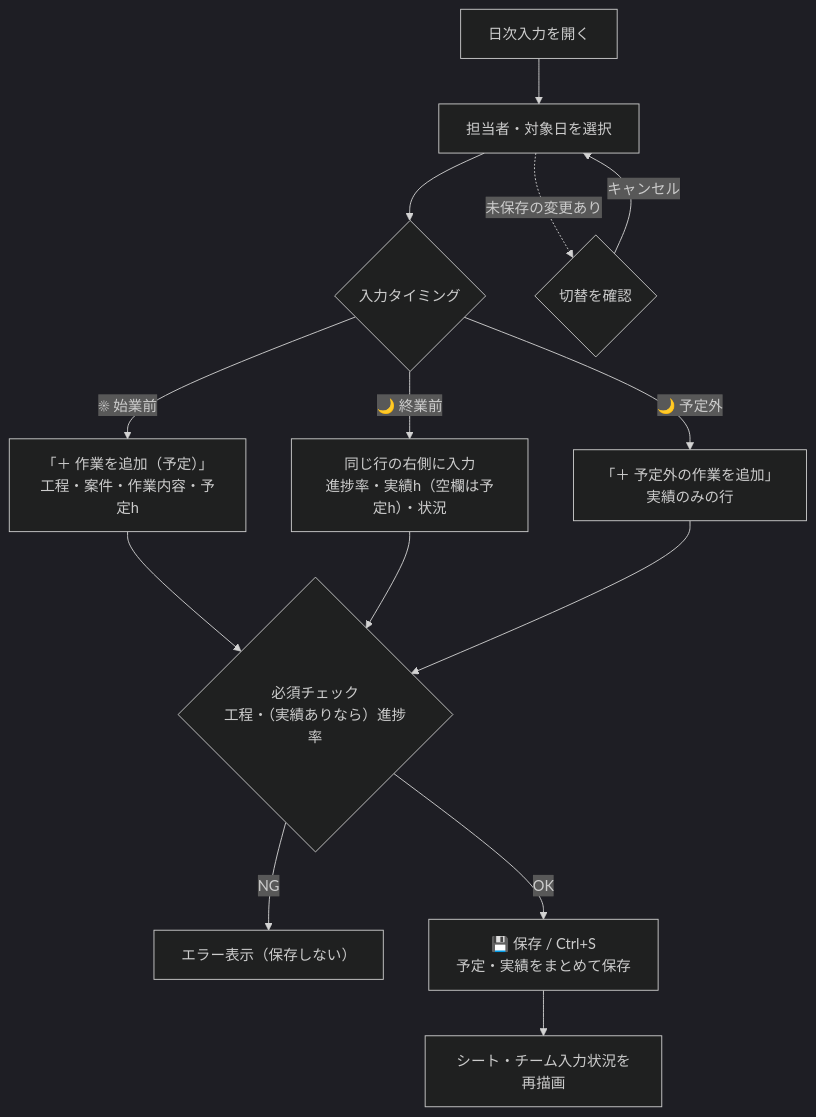
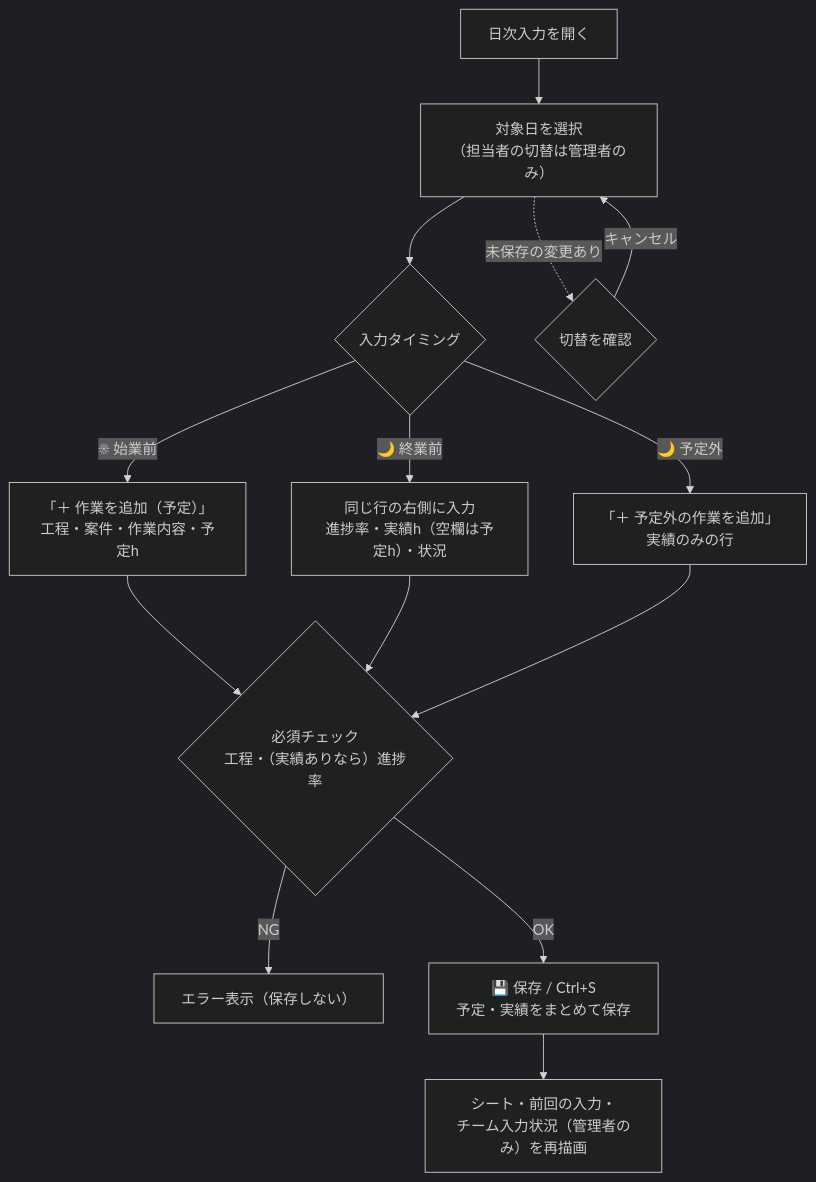
One commit to okSJ28/management-tool changed the fifth of 7 diagrams in docs/画面遷移図.md. Above: the diagram before and after it, drawn with Mermaid (dark theme). The commit also changed other lines of this file and 3 other files, not shown here.

First line of the commit message:
画面遷移図・仕様書・使い方ガイド・README を最新化

````diff
--- a/docs/画面遷移図.md
+++ b/docs/画面遷移図.md
@@ -206,16 +210,16 @@
 ```mermaid
 flowchart TB
-    A["日次入力を開く"] --> B["担当者・対象日を選択"]
+    A["日次入力を開く"] --> B["対象日を選択<br/>（担当者の切替は管理者のみ）"]
     B --> C{"入力タイミング"}
     C -->|"☀ 始業前"| D["「＋ 作業を追加（予定）」<br/>工程・案件・作業内容・予定h"]
     C -->|"🌙 終業前"| E["同じ行の右側に入力<br/>進捗率・実績h（空欄は予定h）・状況"]
     C -->|"🌙 予定外"| F["「＋ 予定外の作業を追加」<br/>実績のみの行"]
     D --> G{"必須チェック<br/>工程・（実績ありなら）進捗率"}
     E --> G
     F --> G
     G -- "NG" --> I["エラー表示（保存しない）"]
     G -- "OK" --> J["💾 保存 / Ctrl+S<br/>予定・実績をまとめて保存"]
-    J --> K["シート・チーム入力状況を再描画"]
+    J --> K["シート・前回の入力・<br/>チーム入力状況（管理者のみ）を再描画"]
     B -. "未保存の変更あり" .-> L{"切替を確認"}
     L -- "キャンセル" --> B
 ```
````
